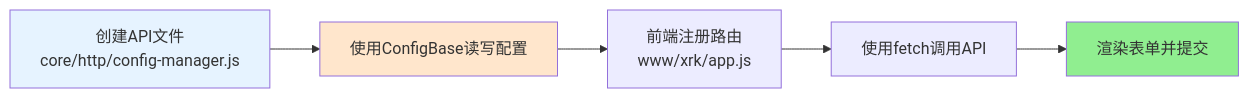
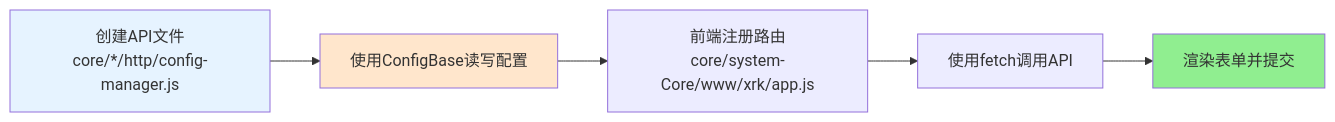
Before and after one commit to sunflowermm/XRK-AGT: the fifth of 9 diagrams in docs/app-dev.md, drawn with Mermaid. The commit also changed other lines of this file and 116 other files, not shown here.

````diff
--- a/docs/app-dev.md
+++ b/docs/app-dev.md
@@ -183,11 +185,11 @@
 ```mermaid
 flowchart LR
-    A[创建API文件<br/>core/http/config-manager.js] --> B[使用ConfigBase读写配置]
-    B --> C[前端注册路由<br/>www/xrk/app.js]
+    A[创建API文件<br/>core/*/http/config-manager.js] --> B[使用ConfigBase读写配置]
+    B --> C[前端注册路由<br/>core/system-Core/www/xrk/app.js]
     C --> D[使用fetch调用API]
     D --> E[渲染表单并提交]
     
     style A fill:#E6F3FF
     style B fill:#FFE6CC
     style E fill:#90EE90
 ```
````
